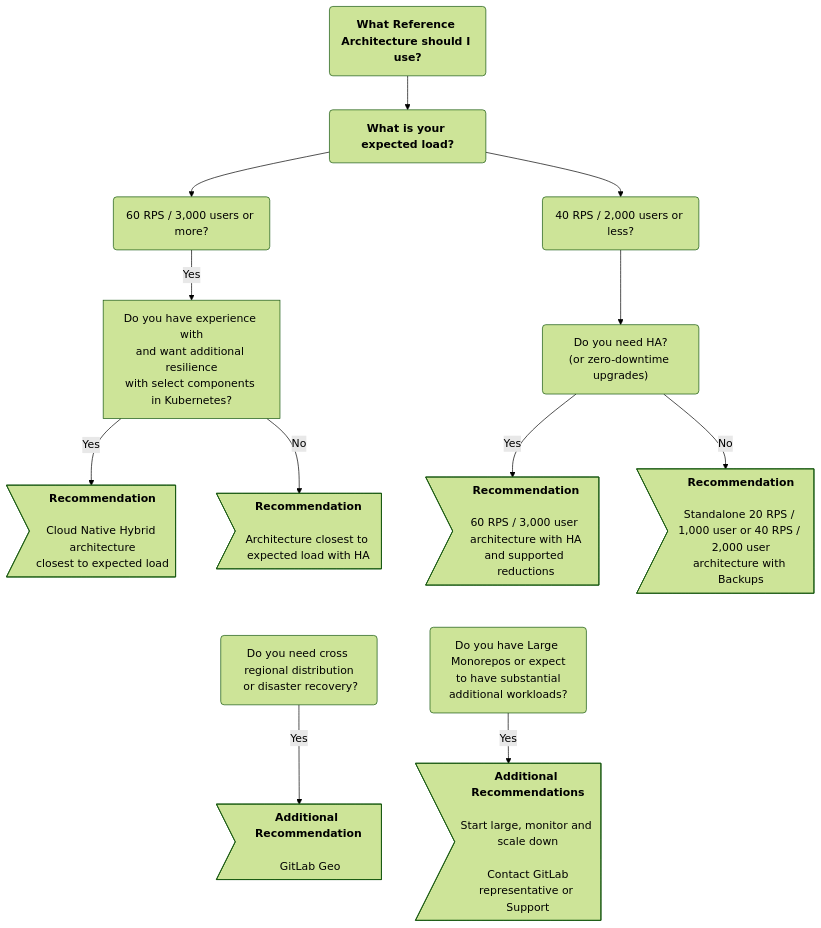
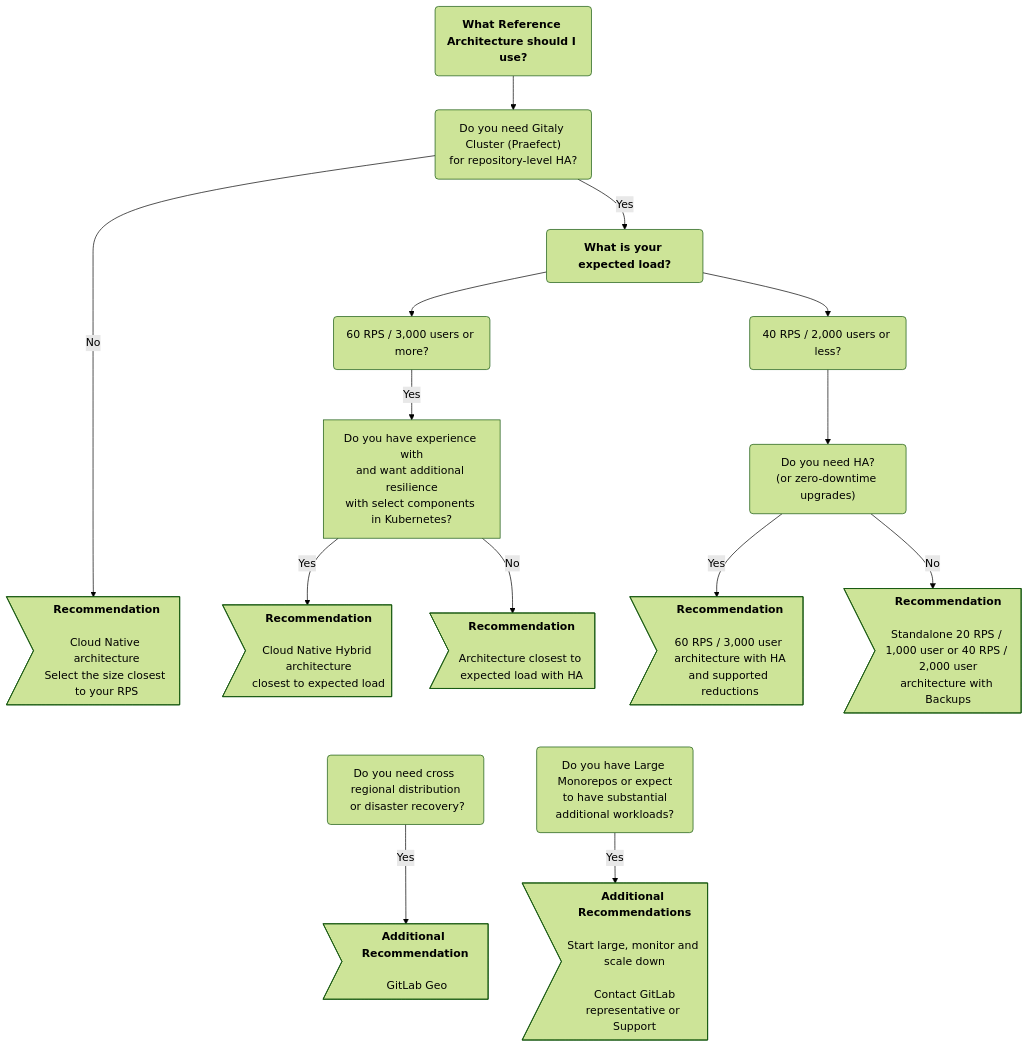
The diagram in doc/administration/reference_architectures/_index.md (skratsch-solutions/gitlabhq), drawn with Mermaid (forest theme) before and after one commit. The commit also changed other lines of this file and 175 other files, not shown here.

````diff
--- a/doc/administration/reference_architectures/_index.md
+++ b/doc/administration/reference_architectures/_index.md
@@ -211,43 +200,51 @@
 ```mermaid
 %%{init: { "fontFamily": "GitLab Sans" }}%%
 graph TD
     accTitle: Decision tree for reference architecture selection
-    accDescr: Key considerations for selecting architecture including expected load, HA requirements, and additional workload factors.
+    accDescr: Key considerations for selecting architecture type and size, including Gitaly Cluster requirements, expected load, and HA requirements.
 
    L0A(<b>What Reference Architecture should I use?</b>)
+
+   L_CNQ("Do you need Gitaly Cluster (Praefect)<br>for repository-level HA?")
+   L_CN><b>Recommendation</b><br><br>Cloud Native architecture<br>Select the size closest to your RPS]
+
    L1A(<b>What is your expected load?</b>)
-
    L2A("60 RPS / 3,000 users or more?")
    L2B("40 RPS / 2,000 users or less?")
 
    L3A("Do you need HA?<br>(or zero-downtime upgrades)")
    L3B[Do you have experience with<br/>and want additional resilience<br/>with select components in Kubernetes?]
 
    L4A><b>Recommendation</b><br><br>60 RPS / 3,000 user architecture with HA<br>and supported reductions]
    L4B><b>Recommendation</b><br><br>Architecture closest to expected load with HA]
    L4C><b>Recommendation</b><br><br>Cloud Native Hybrid architecture<br>closest to expected load]
    L4D>"<b>Recommendation</b><br><br>Standalone 20 RPS / 1,000 user or 40 RPS / 2,000 user<br/>architecture with Backups"]
 
-   L0A --> L1A
+   L0A --> L_CNQ
+   L_CNQ -->|No| L_CN
+   L_CNQ -->|Yes| L1A
    L1A --> L2A
    L1A --> L2B
    L2A -->|Yes| L3B
    L3B -->|Yes| L4C
    L3B -->|No| L4B
 
    L2B --> L3A
    L3A -->|Yes| L4A
    L3A -->|No| L4D
+
    L5A("Do you need cross regional distribution</br> or disaster recovery?") --> |Yes| L6A><b>Additional Recommendation</b><br><br> GitLab Geo]
+   L_CN ~~~ L5A
    L4A ~~~ L5A
    L4B ~~~ L5A
    L4C ~~~ L5A
    L4D ~~~ L5A
 
    L5B("Do you have Large Monorepos or expect</br> to have substantial additional workloads?") --> |Yes| L6B><b>Additional Recommendations</b><br><br>Start large, monitor and scale down<br><br> Contact GitLab representative or Support]
+   L_CN ~~~ L5B
    L4A ~~~ L5B
    L4B ~~~ L5B
    L4C ~~~ L5B
    L4D ~~~ L5B
 
 ```
````
